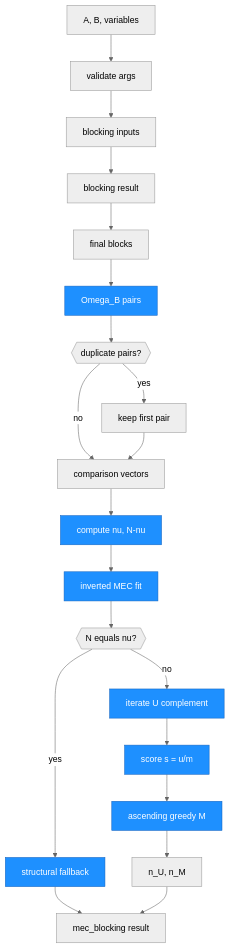
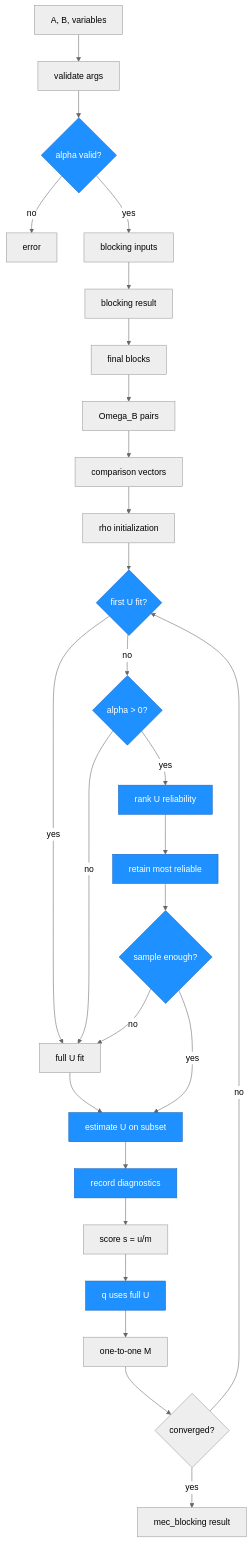
One commit to ncn-foreigners/automatedRecLin changed the third of 3 diagrams in ARCHITECTURE.md. Above: the diagram before and after it, drawn with Mermaid. The commit also changed other lines of this file and 7 other files, not shown here.

Commit message:
Update inverted MEC

````diff
--- a/ARCHITECTURE.md
+++ b/ARCHITECTURE.md
@@ -171,32 +183,41 @@
 ```mermaid
 %%{init: {'theme': 'neutral'}}%%
 graph TD
     Input["A, B, variables"]
     Input --> Args["validate args"]
-    Args --> BlockIn["blocking inputs"]
+    Args --> Alpha{"alpha valid?"}
+    Alpha -- no --> Err["error"]
+    Alpha -- yes --> BlockIn["blocking inputs"]
     BlockIn --> BlockRun["blocking result"]
     BlockRun --> Blocks["final blocks"]
     Blocks --> Pairs["Omega_B pairs"]
-    Pairs --> Dedup{{"duplicate pairs?"}}
-    Dedup -- yes --> Unique["keep first pair"]
-    Dedup -- no --> Vectors["comparison vectors"]
-    Unique --> Vectors
-    Vectors --> Nu["compute nu, N-nu"]
-    Nu --> Fit["inverted MEC fit"]
-    Fit --> Empty{{"N equals nu?"}}
-    Empty -- yes --> Struct["structural fallback"]
-    Empty -- no --> Iter["iterate U complement"]
-    Iter --> Score["score s = u/m"]
-    Score --> Select["ascending greedy M"]
-    Select --> Counts["n_U, n_M"]
-    Struct --> Output["mec_blocking result"]
-    Counts --> Output
+    Pairs --> Vectors["comparison vectors"]
+    Vectors --> Init["rho initialization"]
+    Init --> First{"first U fit?"}
+    First -- yes --> FullU["full U fit"]
+    First -- no --> Filter{"alpha > 0?"}
+    Filter -- no --> FullU
+    Filter -- yes --> Rank["rank U reliability"]
+    Rank --> Keep["retain most reliable"]
+    Keep --> Enough{"sample enough?"}
+    Enough -- no --> FullU
+    Enough -- yes --> UFit["estimate U on subset"]
+    FullU --> UFit
+    UFit --> Diag["record diagnostics"]
+    Diag --> Score["score s = u/m"]
+    Score --> Q["q uses full U"]
+    Q --> Select["one-to-one M"]
+    Select --> Done{"converged?"}
+    Done -- no --> First
+    Done -- yes --> Output["mec_blocking result"]
 
-    style Pairs fill:#1e90ff,stroke:#1565c0,color:#fff
-    style Nu fill:#1e90ff,stroke:#1565c0,color:#fff
-    style Fit fill:#1e90ff,stroke:#1565c0,color:#fff
-    style Struct fill:#1e90ff,stroke:#1565c0,color:#fff
-    style Iter fill:#1e90ff,stroke:#1565c0,color:#fff
-    style Score fill:#1e90ff,stroke:#1565c0,color:#fff
-    style Select fill:#1e90ff,stroke:#1565c0,color:#fff
+    style Alpha fill:#1e90ff,stroke:#1565c0,color:#fff
+    style First fill:#1e90ff,stroke:#1565c0,color:#fff
+    style Filter fill:#1e90ff,stroke:#1565c0,color:#fff
+    style Rank fill:#1e90ff,stroke:#1565c0,color:#fff
+    style Keep fill:#1e90ff,stroke:#1565c0,color:#fff
+    style Enough fill:#1e90ff,stroke:#1565c0,color:#fff
+    style UFit fill:#1e90ff,stroke:#1565c0,color:#fff
+    style Diag fill:#1e90ff,stroke:#1565c0,color:#fff
+    style Q fill:#1e90ff,stroke:#1565c0,color:#fff
 ```
````
